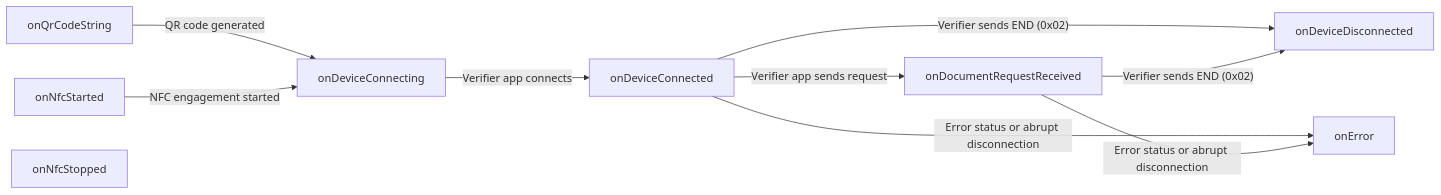
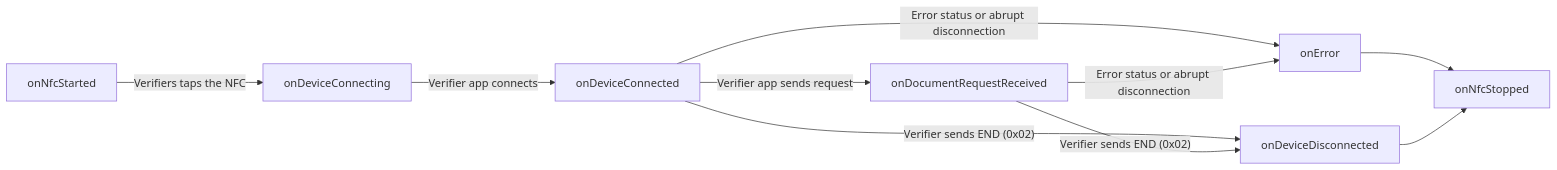
One commit to pagopa/io-react-native-iso18013 changed the second of 3 diagrams in src/iso18013/iso18013-5/README.md. Above: the diagram before and after it, drawn with Mermaid. The commit also changed other lines of this file, not shown here.

````diff
--- a/src/iso18013/iso18013-5/README.md
+++ b/src/iso18013/iso18013-5/README.md
@@ -72,22 +98,23 @@
 ```mermaid
 flowchart LR
-    onQrCodeString["onQrCodeString"]
     onNfcStarted["onNfcStarted"]
     onNfcStopped["onNfcStopped"]
     onDeviceConnecting["onDeviceConnecting"]
     onDeviceConnected["onDeviceConnected"]
     onDocumentRequestReceived["onDocumentRequestReceived"]
     onDeviceDisconnected["onDeviceDisconnected"]
     onError["onError"]
 
-    onQrCodeString -- "QR code generated" --> onDeviceConnecting
-    onNfcStarted -- "NFC engagement started" --> onDeviceConnecting
+    onNfcStarted -- "Verifiers taps the NFC" --> onDeviceConnecting
     onDeviceConnecting -- "Verifier app connects" --> onDeviceConnected
 
     onDeviceConnected -- "Verifier app sends request" --> onDocumentRequestReceived
     onDeviceConnected -- "Verifier sends END (0x02)" --> onDeviceDisconnected
     onDeviceConnected -- "Error status or abrupt disconnection" --> onError
 
     onDocumentRequestReceived -- "Verifier sends END (0x02)" --> onDeviceDisconnected
     onDocumentRequestReceived -- "Error status or abrupt disconnection" --> onError
+
+    onError --> onNfcStopped
+    onDeviceDisconnected --> onNfcStopped
 ```
````
